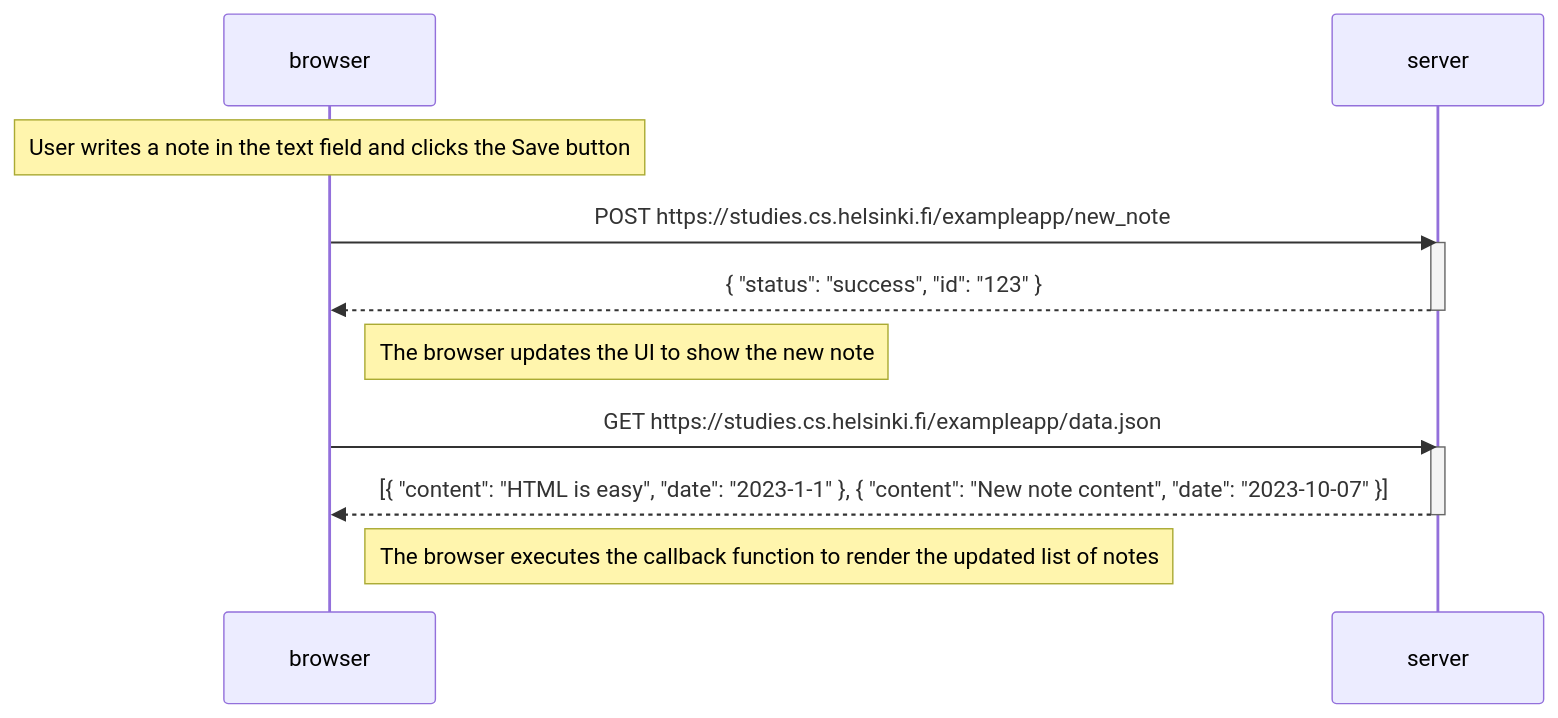
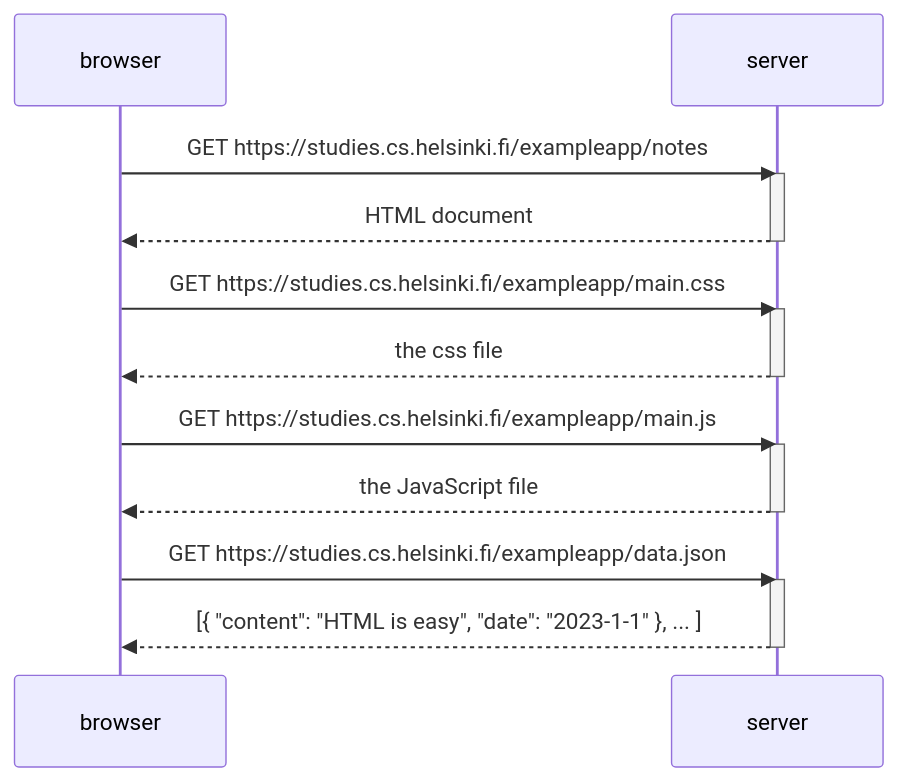
Before and after one commit to bober-qwerty/fullstackopen_bober4c: the diagram in part0/zad04.md, drawn with Mermaid.

````diff
--- a/part0/zad04.md
+++ b/part0/zad04.md
@@ -1,20 +1,25 @@
 ```mermaid
 sequenceDiagram
     participant browser
     participant server
- 
-    Note over browser: User writes a note in the text field and clicks the Save button
- 
-    browser->>server: POST https://studies.cs.helsinki.fi/exampleapp/new_note
+
+    browser->>server: GET https://studies.cs.helsinki.fi/exampleapp/notes
     activate server
-    server-->>browser: { "status": "success", "id": "123" }
+    server-->>browser: HTML document
     deactivate server
- 
-    Note right of browser: The browser updates the UI to show the new note
+
+    browser->>server: GET https://studies.cs.helsinki.fi/exampleapp/main.css
+    activate server
+    server-->>browser: the css file
+    deactivate server
+
+    browser->>server: GET https://studies.cs.helsinki.fi/exampleapp/main.js
+    activate server
+    server-->>browser: the JavaScript file
+    deactivate server
+
     browser->>server: GET https://studies.cs.helsinki.fi/exampleapp/data.json
     activate server
-    server-->>browser: [{ "content": "HTML is easy", "date": "2023-1-1" }, { "content": "New note content", "date": "2023-10-07" }]
+    server-->>browser: [{ "content": "HTML is easy", "date": "2023-1-1" }, ... ]
     deactivate server
- 
-    Note right of browser: The browser executes the callback function to render the updated list of notes
 ```
````
